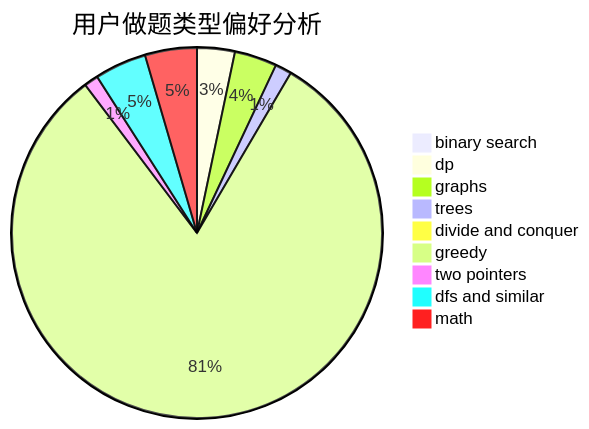
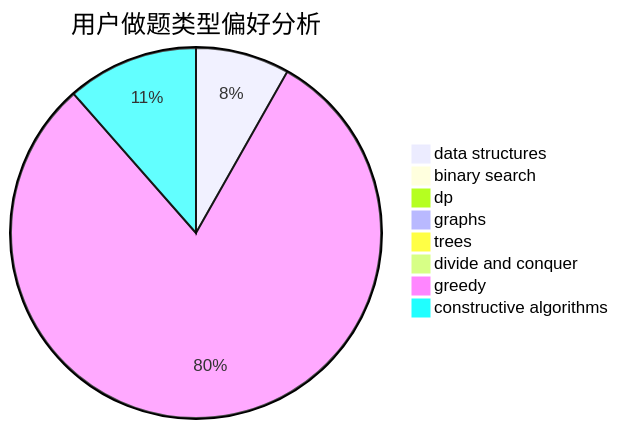
The second of 3 diagrams in docs/user/u846.md (sherpahu/cfrs.github.io), drawn with Mermaid before and after one commit. The commit also changed other lines of this file and 2775 other files, not shown here.

````diff
--- a/docs/user/u846.md
+++ b/docs/user/u846.md
@@ -23,12 +23,11 @@
 ```mermaid
 pie title 用户做题类型偏好分析
+    "data structures" :  5
     "binary search" :  0
-    "dp" :  16
-    "graphs" :  18
-    "trees" :  7
+    "dp" :  0
+    "graphs" :  0
+    "trees" :  0
     "divide and conquer" :  0
-    "greedy" :  395
-    "two pointers" :  6
-    "dfs and similar" :  22
-    "math" :  22
+    "greedy" :  49
+    "constructive algorithms" :  7
 ```
````
